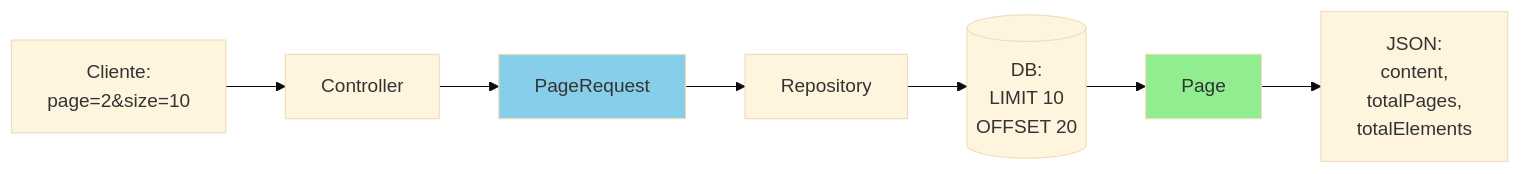
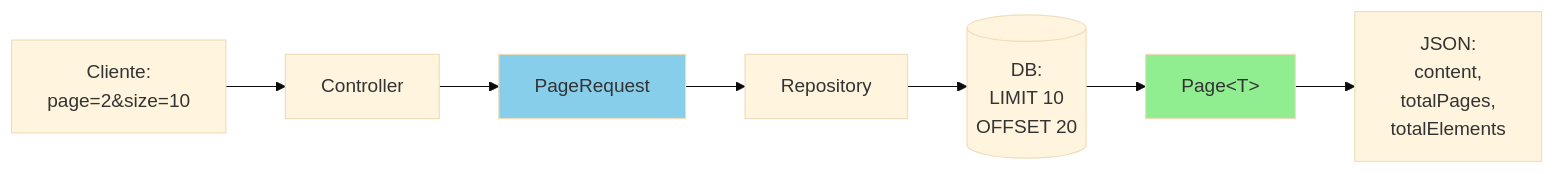
Before and after one commit to deusemarjunior/trein-java-intermed: the second of 2 diagrams in dia-02/slide-09.md, drawn with Mermaid (base theme). The commit also changed other lines of this file and 213 other files, not shown here.

Commit message:
feat: add slides for Clean Architecture, practical exercises, and review session

````diff
--- a/dia-02/slide-09.md
+++ b/dia-02/slide-09.md
@@ -35,12 +35,12 @@
 ```mermaid
 flowchart LR
-    A[Cliente:<br/>page=2&size=10] --> B[Controller]
+    A["Cliente:<br/>page=2&size=10"] --> B[Controller]
     B --> C[PageRequest]
     C --> D[Repository]
-    D --> E[(DB:<br/>LIMIT 10<br/>OFFSET 20)]
-    E --> F[Page<T>]
-    F --> G[JSON:<br/>content,<br/>totalPages,<br/>totalElements]
+    D --> E[("DB:<br/>LIMIT 10<br/>OFFSET 20")]
+    E --> F["Page&lt;T&gt;"]
+    F --> G["JSON:<br/>content,<br/>totalPages,<br/>totalElements"]
     
     style C fill:#87CEEB
     style F fill:#90EE90
 ```
````
